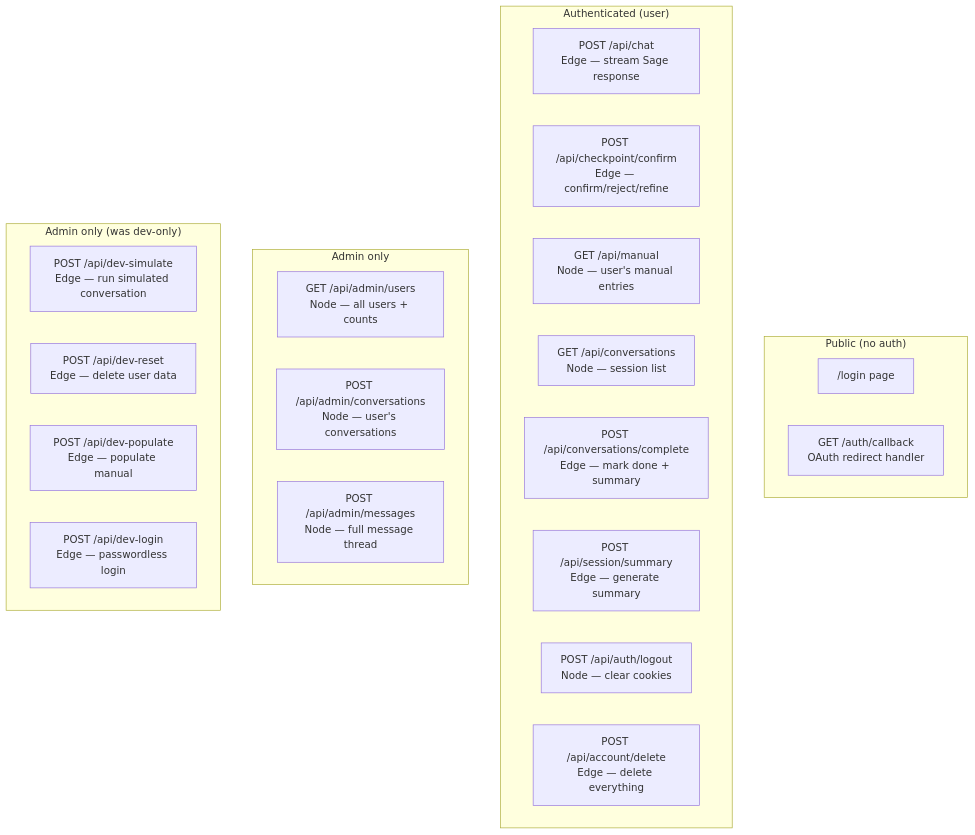
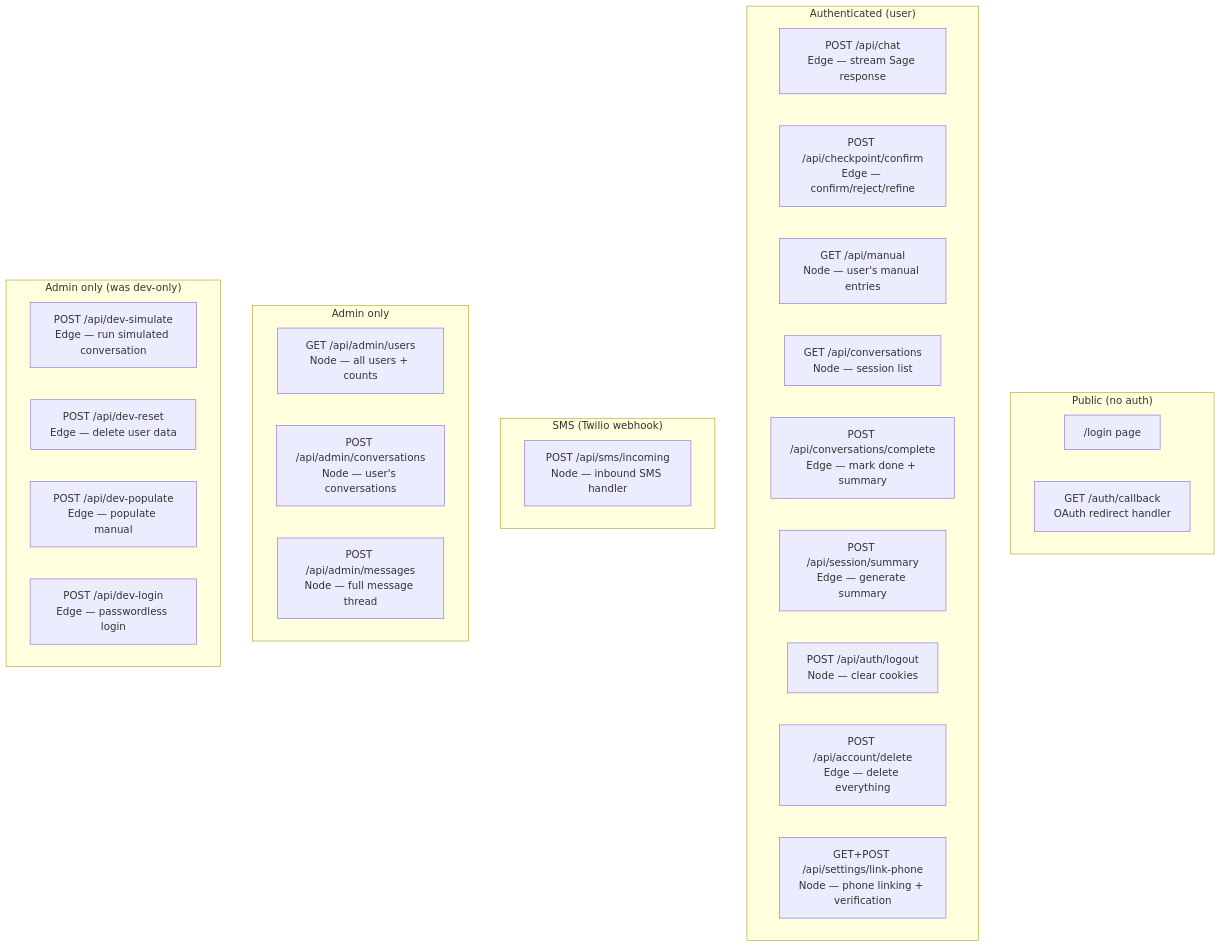
Before and after one commit to h2onation/mantle: the first of 2 diagrams in .claude/diagrams/api-routes.md, drawn with Mermaid. The commit also changed 10 other files, not shown here.

First line of the commit message:
Text Sage: Twilio SMS echo bot, phone linking, settings UI

````diff
--- a/.claude/diagrams/api-routes.md
+++ b/.claude/diagrams/api-routes.md
@@ -5,31 +5,36 @@
 ```mermaid
 flowchart TD
     subgraph Public["Public (no auth)"]
         LOGIN["/login page"]
         CALLBACK["GET /auth/callback<br/>OAuth redirect handler"]
     end
 
     subgraph Authenticated["Authenticated (user)"]
         CHAT["POST /api/chat<br/>Edge — stream Sage response"]
         CONFIRM["POST /api/checkpoint/confirm<br/>Edge — confirm/reject/refine"]
         MANUAL["GET /api/manual<br/>Node — user's manual entries"]
         CONVS["GET /api/conversations<br/>Node — session list"]
         COMPLETE["POST /api/conversations/complete<br/>Edge — mark done + summary"]
         SUMMARY["POST /api/session/summary<br/>Edge — generate summary"]
         LOGOUT["POST /api/auth/logout<br/>Node — clear cookies"]
         DELETE["POST /api/account/delete<br/>Edge — delete everything"]
+        LINKPHONE["GET+POST /api/settings/link-phone<br/>Node — phone linking + verification"]
+    end
+
+    subgraph SMS["SMS (Twilio webhook)"]
+        SMSIN["POST /api/sms/incoming<br/>Node — inbound SMS handler"]
     end
 
     subgraph Admin["Admin only"]
         AUSERS["GET /api/admin/users<br/>Node — all users + counts"]
         ACONV["POST /api/admin/conversations<br/>Node — user's conversations"]
         AMSG["POST /api/admin/messages<br/>Node — full message thread"]
     end
 
     subgraph Dev["Admin only (was dev-only)"]
         DSIM["POST /api/dev-simulate<br/>Edge — run simulated conversation"]
         DRESET["POST /api/dev-reset<br/>Edge — delete user data"]
         DPOP["POST /api/dev-populate<br/>Edge — populate manual"]
         DLOGIN["POST /api/dev-login<br/>Edge — passwordless login"]
     end
 ```
````
